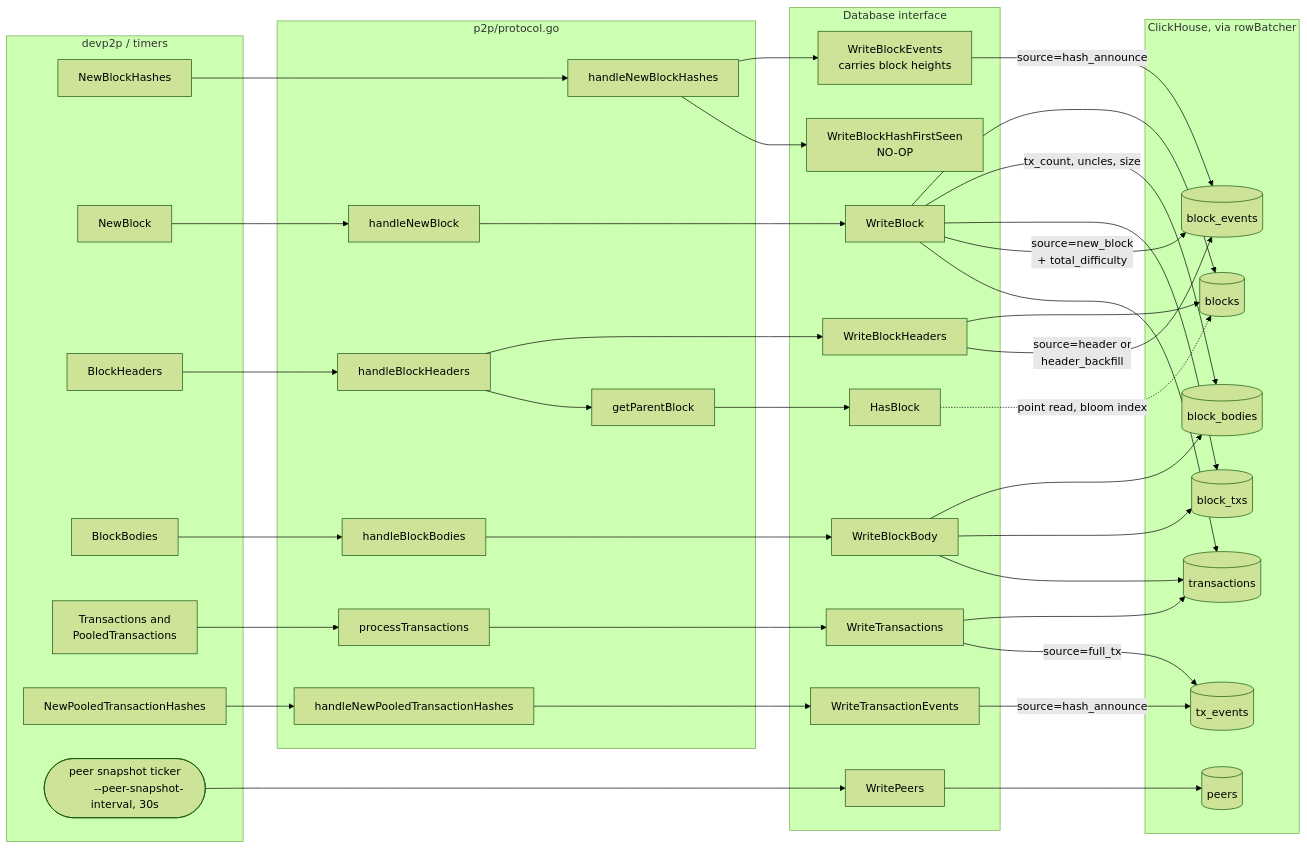
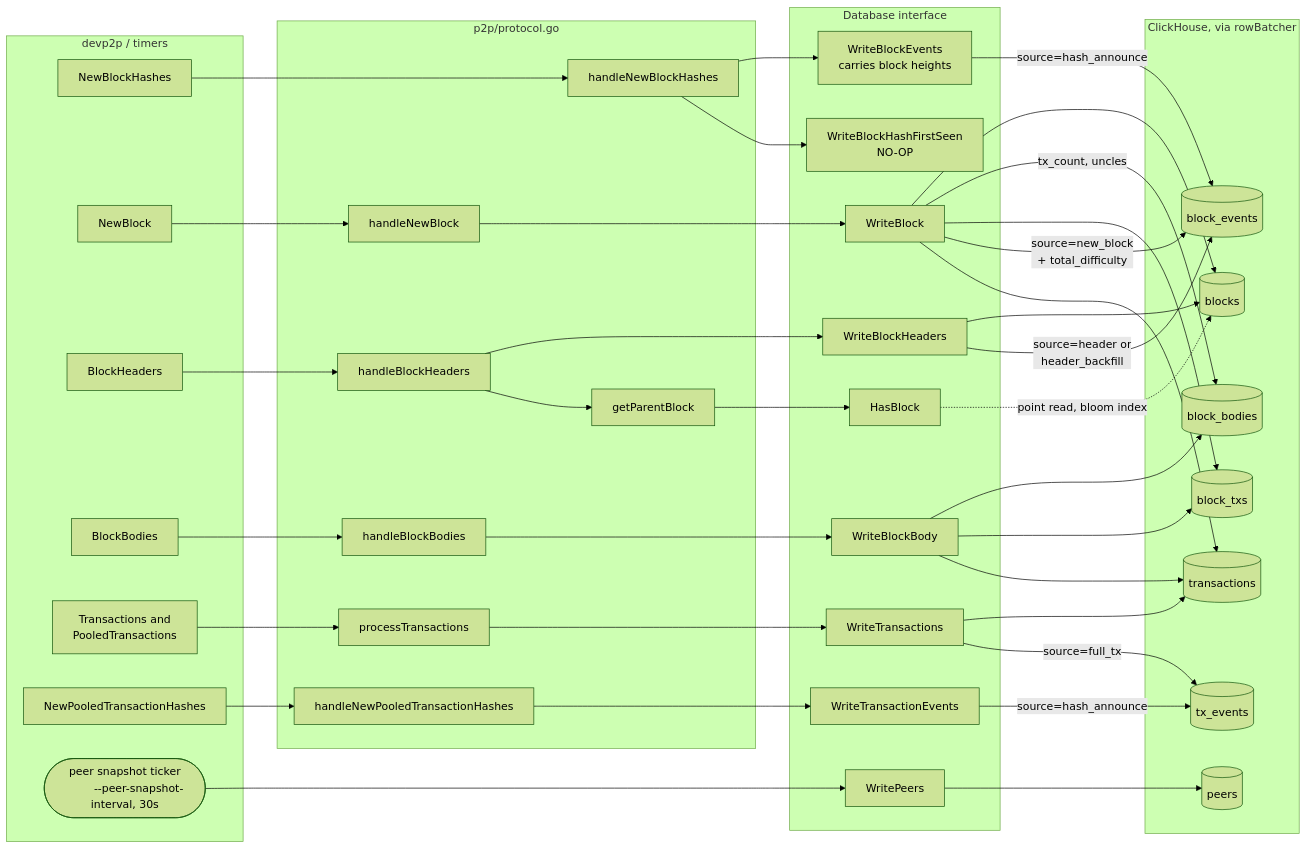
The third of 3 diagrams in cmd/p2p/sensor/clickhouse.md (0xPolygon/polygon-cli), drawn with Mermaid (forest theme) before and after one commit. The commit also changed other lines of this file and 3 other files, not shown here.

```diff
--- a/cmd/p2p/sensor/clickhouse.md
+++ b/cmd/p2p/sensor/clickhouse.md
@@ -386,7 +386,7 @@
 
     A1 -->|"source=hash_announce"| T4
     A2 --> T1
-    A2 -->|"tx_count, uncles, size"| T2
+    A2 -->|"tx_count, uncles"| T2
     A2 --> T3
     A2 -->|"source=new_block
     + total_difficulty"| T4
```
